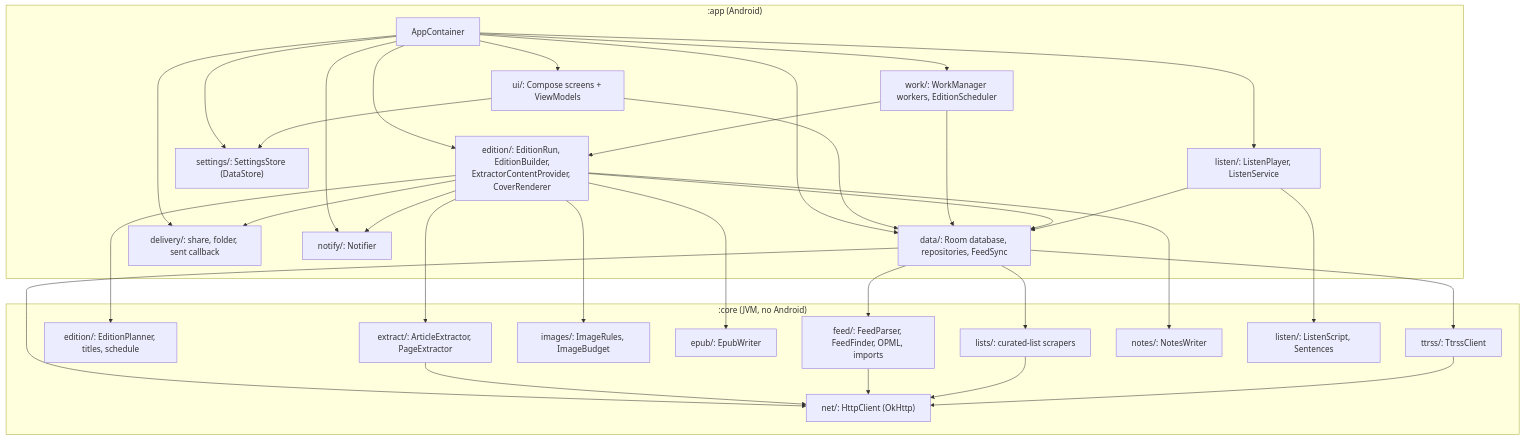
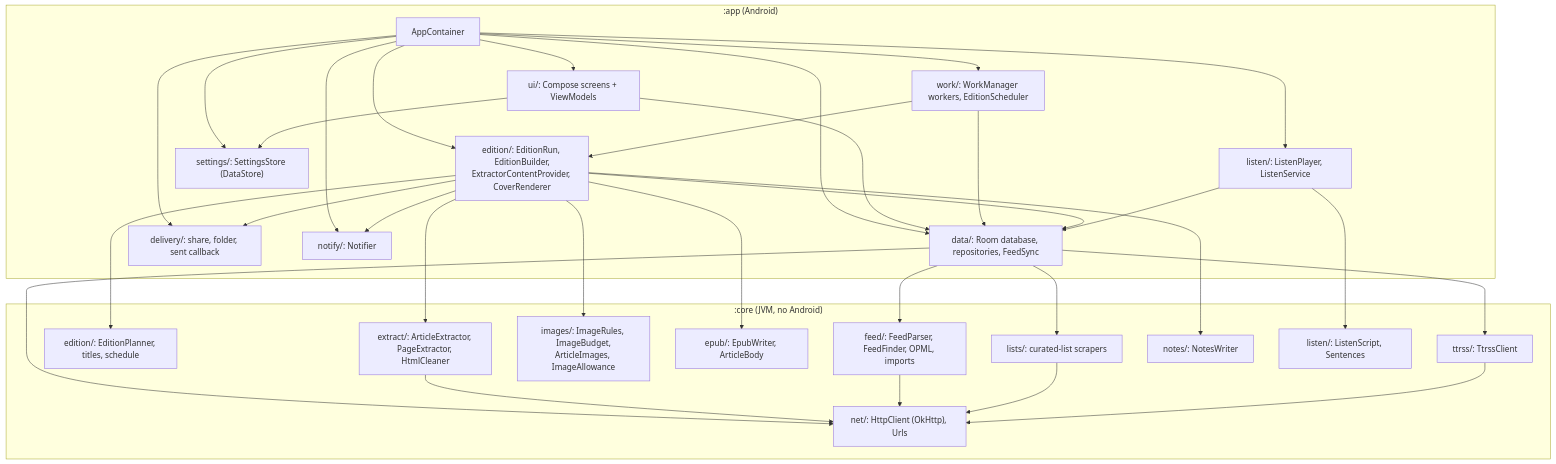
One commit to madCode/newspaperss changed the first of 7 diagrams in docs/ARCHITECTURE.md. Above: the diagram before and after it, drawn with Mermaid. The commit also changed other lines of this file and 24 other files, not shown here.

````diff
--- a/docs/ARCHITECTURE.md
+++ b/docs/ARCHITECTURE.md
@@ -19,33 +19,33 @@
 ```mermaid
 flowchart TB
     subgraph app[":app (Android)"]
         ui["ui/: Compose screens + ViewModels"]
         work["work/: WorkManager workers, EditionScheduler"]
         edition["edition/: EditionRun, EditionBuilder,<br/>ExtractorContentProvider, CoverRenderer"]
         data["data/: Room database, repositories, FeedSync"]
         delivery["delivery/: share, folder, sent callback"]
         settings["settings/: SettingsStore (DataStore)"]
         notify["notify/: Notifier"]
         listen["listen/: ListenPlayer, ListenService"]
         container["AppContainer"]
     end
     subgraph core[":core (JVM, no Android)"]
         feed["feed/: FeedParser, FeedFinder, OPML, imports"]
         plan["edition/: EditionPlanner, titles, schedule"]
-        extract["extract/: ArticleExtractor, PageExtractor"]
-        images["images/: ImageRules, ImageBudget"]
-        epub["epub/: EpubWriter"]
+        extract["extract/: ArticleExtractor, PageExtractor, HtmlCleaner"]
+        images["images/: ImageRules, ImageBudget,<br/>ArticleImages, ImageAllowance"]
+        epub["epub/: EpubWriter, ArticleBody"]
         lists["lists/: curated-list scrapers"]
         ttrss["ttrss/: TtrssClient"]
         notes["notes/: NotesWriter"]
         listenScript["listen/: ListenScript, Sentences"]
-        net["net/: HttpClient (OkHttp)"]
+        net["net/: HttpClient (OkHttp), Urls"]
     end
     container --> ui & work & edition & data & delivery & settings & notify & listen
     ui --> data & settings
     work --> edition & data
     edition --> data & delivery & notify & plan & extract & images & epub & notes
     listen --> data & listenScript
     data --> feed & lists & ttrss & net
     extract & feed & lists & ttrss --> net
 ```
````
